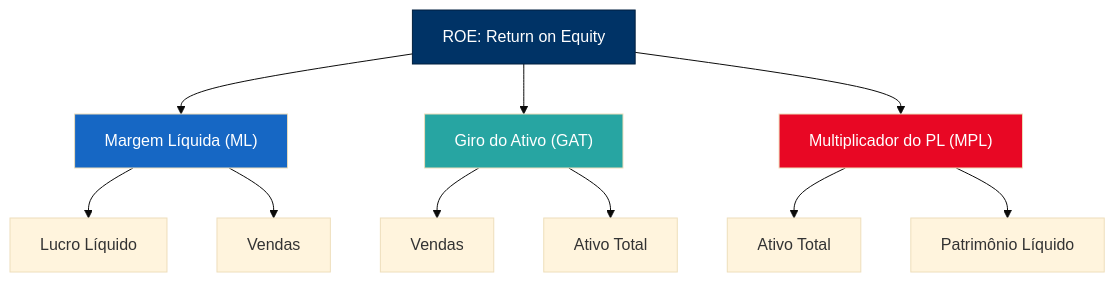
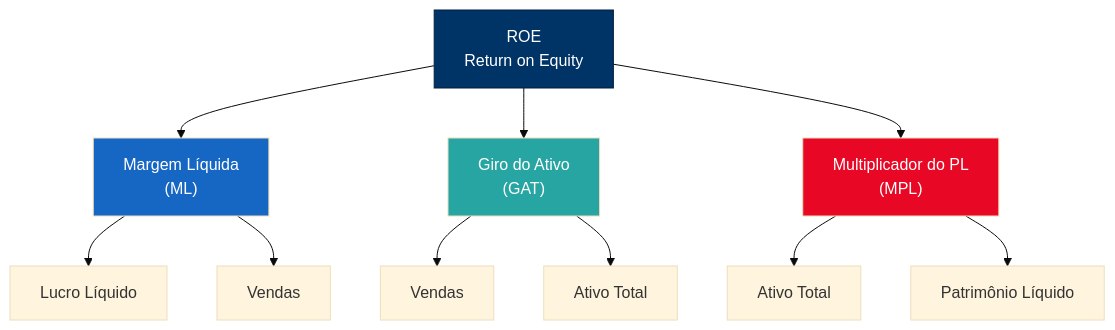
Before and after one commit to msperlin/site-slides: the diagram in slides/AF/Cap 03 - TRABALHANDO COM DEMONSTRAÇÕES CONTÁBEIS/AF_Cap03b_SLIDES_dupont.qmd, drawn with Mermaid (base theme). The commit also changed other lines of this file and 1 other file, not shown here.

````diff
--- a/slides/AF/Cap 03 - TRABALHANDO COM DEMONSTRAÇÕES CONTÁBEIS/AF_Cap03b_SLIDES_dupont.qmd
+++ b/slides/AF/Cap 03 - TRABALHANDO COM DEMONSTRAÇÕES CONTÁBEIS/AF_Cap03b_SLIDES_dupont.qmd
@@ -69,20 +140,20 @@
 ```{mermaid}
 graph TD
-    ROE["ROE: Return on Equity"] --> ML["Margem Líquida (ML)"]
-    ROE --> GAT["Giro do Ativo (GAT)"]
-    ROE --> MPL["Multiplicador do PL (MPL)"]
+    ROE["ROE<br/>Return on Equity"] --> ML["Margem Líquida<br/>(ML)"]
+    ROE --> GAT["Giro do Ativo<br/>(GAT)"]
+    ROE --> MPL["Multiplicador do PL<br/>(MPL)"]
     
     ML --> LL["Lucro Líquido"]
     ML --> Vendas1["Vendas"]
     
     GAT --> Vendas2["Vendas"]
     GAT --> AT1["Ativo Total"]
     
     MPL --> AT2["Ativo Total"]
     MPL --> PL["Patrimônio Líquido"]
 
     style ROE fill:#003366,color:#fff,stroke:#001f3f
     style ML fill:#1667c4,color:#fff
     style GAT fill:#27A5A2,color:#fff
     style MPL fill:#E80724,color:#fff
 ```
````
